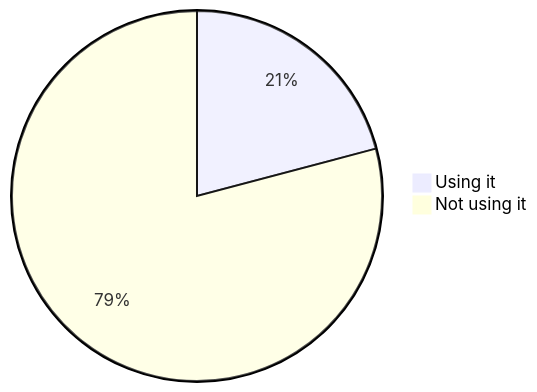
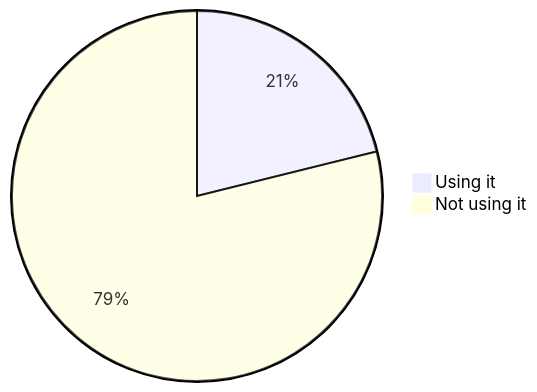
One commit to oshp/oshp-stats changed diagram 18 of 22 in stats.md. Above: the diagram before and after it, drawn with Mermaid. The commit also changed other lines of this file, not shown here.

````diff
--- a/stats.md
+++ b/stats.md
@@ -214,6 +214,6 @@
 ```mermaid
 pie
-	"Using it" : 20.88
-	"Not using it" : 79.12
+	"Using it" : 21.13
+	"Not using it" : 78.87
 
 ```
````
